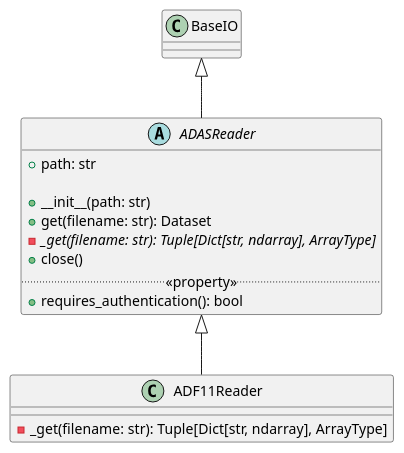
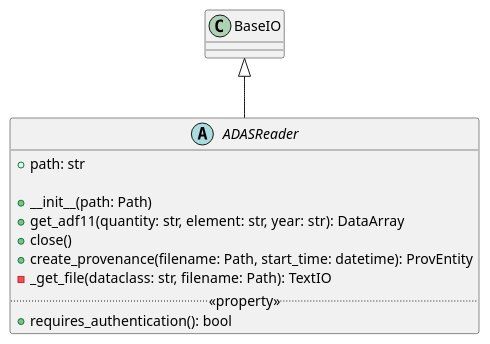
One commit to indica-mcf/Indica changed the fifth of 7 diagrams in doc/design.rst. Above: the diagram before and after it, drawn with PlantUML. The commit also changed other lines of this file and 3 other files, not shown here.

```diff
--- a/doc/design.rst
+++ b/doc/design.rst
@@ -412,19 +417,15 @@
 .. uml::
 
    abstract class ADASReader {
    + path: str
 
-   + __init__(path: str)
-   + get(filename: str): Dataset
-   - {abstract} _get(filename: str): Tuple[Dict[str, ndarray], ArrayType]
+   + __init__(path: Path)
+   + get_adf11(quantity: str, element: str, year: str): DataArray
    + close()
+   + create_provenance(filename: Path, start_time: datetime): ProvEntity
+   - _get_file(dataclass: str, filename: Path): TextIO
    .. «property» ..
    + requires_authentication(): bool
    }
 
-   class ADF11Reader {
-   - _get(filename: str): Tuple[Dict[str, ndarray], ArrayType]
-   }
-
    BaseIO <|-- ADASReader
-   ADASReader <|-- ADF11Reader
```
